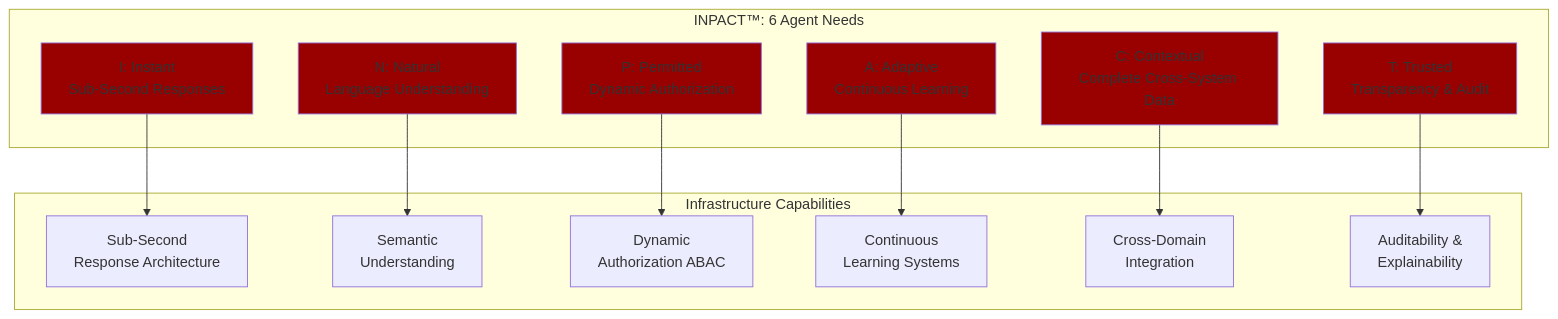
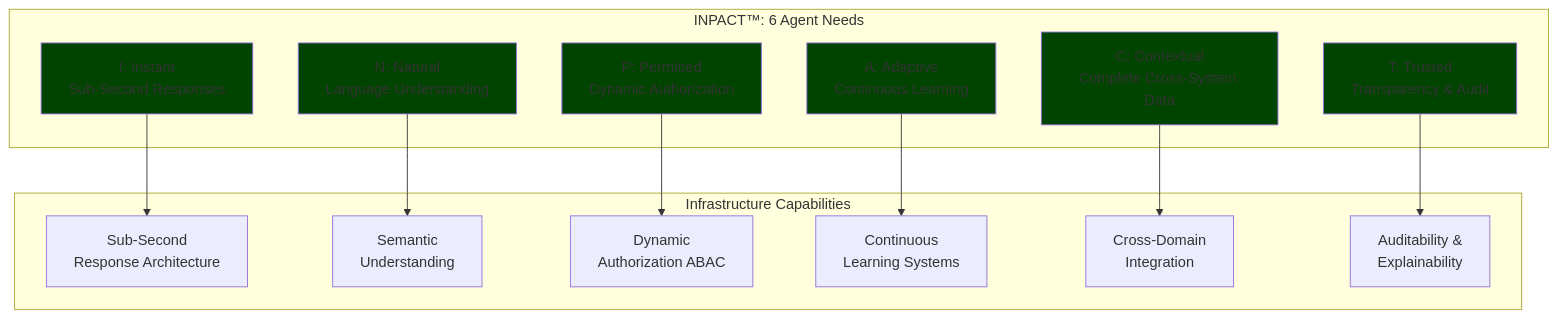
The first of 8 diagrams in chapter-00/chapter_00_complete.md (colaberry/enterprise-data-readiness-ai-agents), drawn with Mermaid before and after one commit. The commit also changed other lines of this file, not shown here.

Commit message:
images bug fix
images bug fix

````diff
--- a/chapter-00/chapter_00_complete.md
+++ b/chapter-00/chapter_00_complete.md
@@ -108,34 +108,34 @@
 ```mermaid
 graph TB
     subgraph "INPACT™: 6 Agent Needs"
         N1[I: Instant<br/>Sub-Second Responses]
         N2[N: Natural<br/>Language Understanding]
         N3[P: Permitted<br/>Dynamic Authorization]
         N4[A: Adaptive<br/>Continuous Learning]
         N5[C: Contextual<br/>Complete Cross-System Data]
         N6[T: Trusted<br/>Transparency & Audit]
     end
     
     subgraph "Infrastructure Capabilities"
         C1[Sub-Second<br/>Response Architecture]
         C2[Semantic<br/>Understanding]
         C3[Dynamic<br/>Authorization ABAC]
         C4[Continuous<br/>Learning Systems]
         C5[Cross-Domain<br/>Integration]
         C6[Auditability &<br/>Explainability]
     end
     
     N1 --> C1
     N2 --> C2
     N3 --> C3
     N4 --> C4
     N5 --> C5
     N6 --> C6
     
-    style N1 fill:#990000
-    style N2 fill:#990000
-    style N3 fill:#990000
-    style N4 fill:#990000
-    style N5 fill:#990000
-    style N6 fill:#990000
+    style N1 fill:#004400
+    style N2 fill:#004400
+    style N3 fill:#004400
+    style N4 fill:#004400
+    style N5 fill:#004400
+    style N6 fill:#004400
 ```
````
